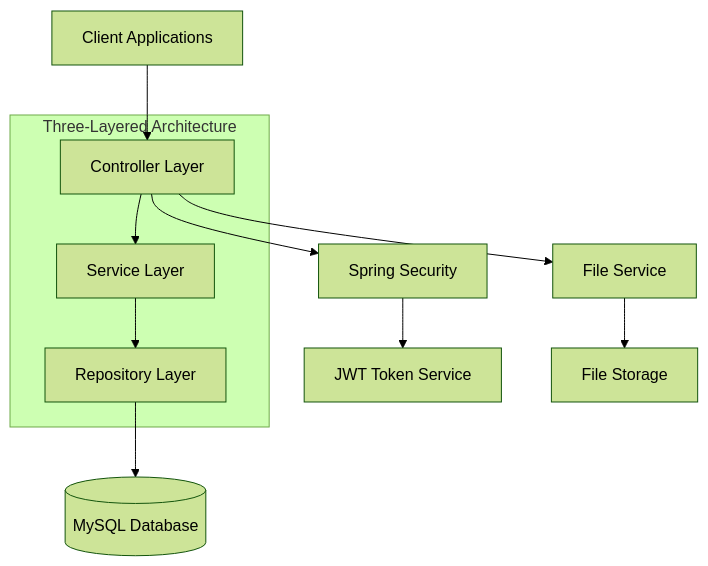
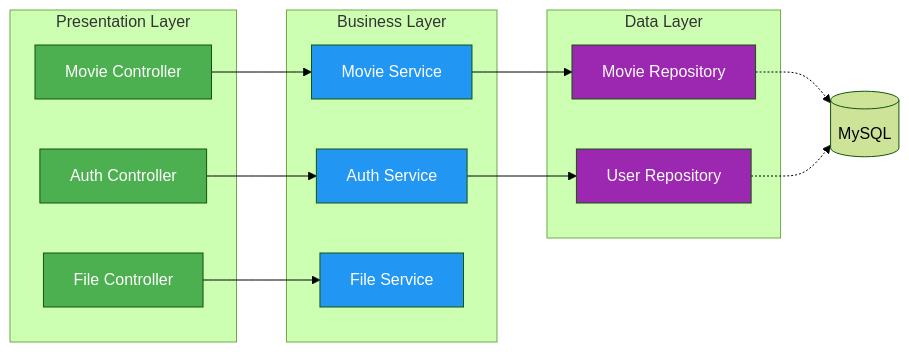
Before and after one commit to Prahlad-07/PopcornAPI: the second of 16 diagrams in README.md, drawn with Mermaid (forest theme). The commit also changed other lines of this file, not shown here.

````diff
--- a/README.md
+++ b/README.md
@@ -99,19 +151,38 @@
 ```mermaid
-graph TB
-    Client[Client Applications] --> Controller[Controller Layer]
-    Controller --> Service[Service Layer]
-    Service --> Repository[Repository Layer]
-    Repository --> Database[(MySQL Database)]
+graph LR
+    subgraph "Presentation Layer"
+        MC[Movie Controller]
+        AC[Auth Controller]
+        FC[File Controller]
+    end
     
-    Controller --> Security[Spring Security]
-    Security --> JWT[JWT Token Service]
+    subgraph "Business Layer"
+        MS[Movie Service]
+        AS[Auth Service]
+        FS[File Service]
+    end
     
-    Controller --> FileService[File Service]
-    FileService --> Storage[File Storage]
+    subgraph "Data Layer"
+        MR[Movie Repository]
+        UR[User Repository]
+    end
     
-    subgraph "Three-Layered Architecture"
-        Controller
-        Service
-        Repository
-    end
+    MC --> MS
+    AC --> AS
+    FC --> FS
+    
+    MS --> MR
+    AS --> UR
+    
+    MR -.-> DB[(MySQL)]
+    UR -.-> DB
+    
+    style MC fill:#4CAF50,color:#fff
+    style AC fill:#4CAF50,color:#fff
+    style FC fill:#4CAF50,color:#fff
+    style MS fill:#2196F3,color:#fff
+    style AS fill:#2196F3,color:#fff
+    style FS fill:#2196F3,color:#fff
+    style MR fill:#9C27B0,color:#fff
+    style UR fill:#9C27B0,color:#fff
 ```
````
